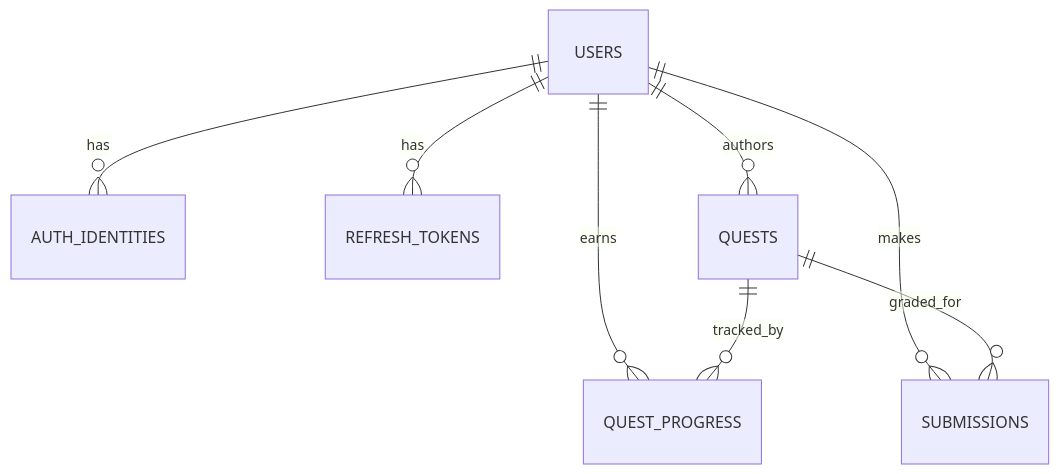
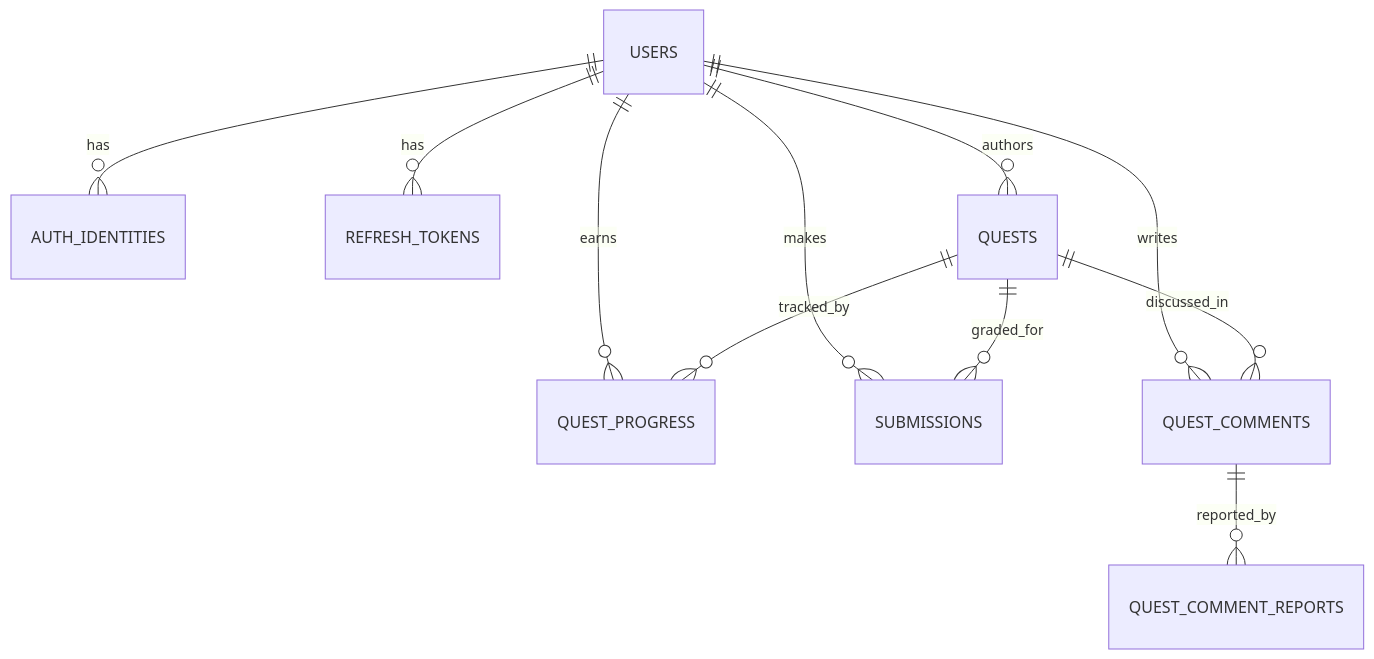
Before and after one commit to SASanchezz/dbplay-showcase: the second of 2 diagrams in docs/architecture.md, drawn with Mermaid. The commit also changed other lines of this file and 18 other files, not shown here.

````diff
--- a/docs/architecture.md
+++ b/docs/architecture.md
@@ -51,10 +52,13 @@
 ```mermaid
 erDiagram
   USERS ||--o{ AUTH_IDENTITIES : has
   USERS ||--o{ REFRESH_TOKENS : has
   USERS ||--o{ QUEST_PROGRESS : earns
   USERS ||--o{ SUBMISSIONS : makes
   USERS ||--o{ QUESTS : authors
+  USERS ||--o{ QUEST_COMMENTS : writes
+  QUESTS ||--o{ QUEST_COMMENTS : discussed_in
+  QUEST_COMMENTS ||--o{ QUEST_COMMENT_REPORTS : reported_by
   QUESTS ||--o{ QUEST_PROGRESS : tracked_by
   QUESTS ||--o{ SUBMISSIONS : graded_for
 ```
````
